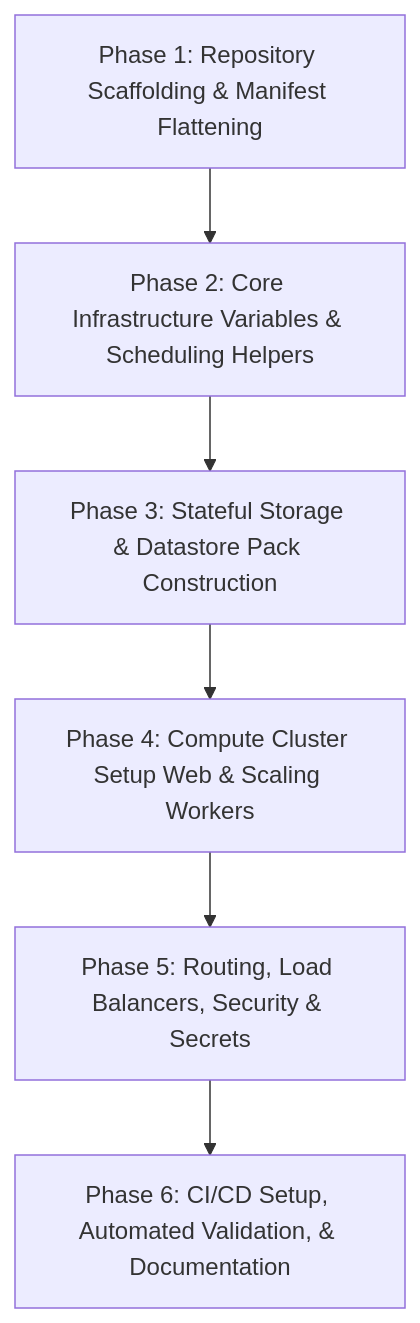
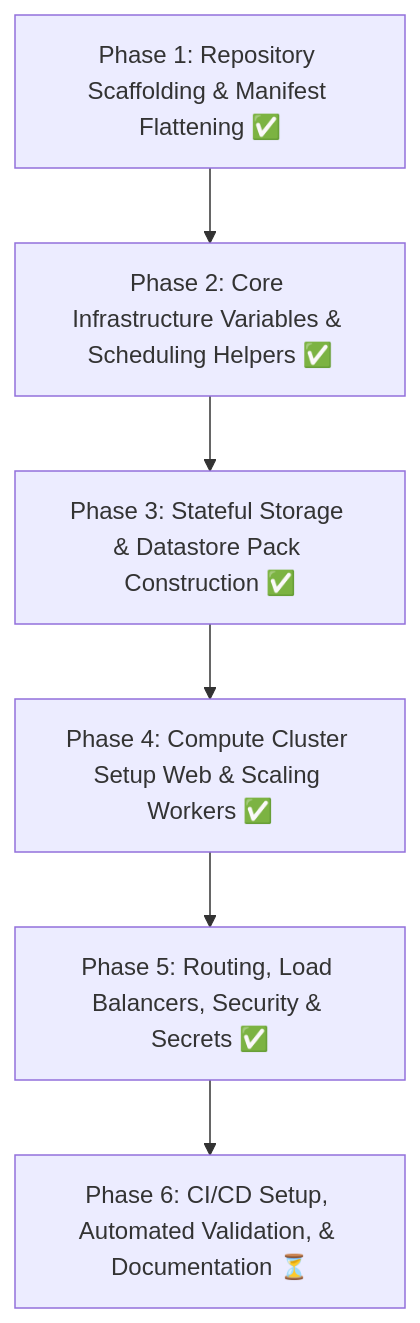
One commit to anchapin/openstudio-server-nomad-pack changed the diagram in openstudio-server-nomad-pack_PRD.md. Above: the diagram before and after it, drawn with Mermaid. The commit also changed other lines of this file and 2 other files, not shown here.

Commit message:
docs: update AGENTS.md and PRD to reflect repository structure changes and clarify template roles

````diff
--- a/openstudio-server-nomad-pack_PRD.md
+++ b/openstudio-server-nomad-pack_PRD.md
@@ -197,8 +212,8 @@
 ```mermaid
 flowchart TD
-    P1[Phase 1: Repository Scaffolding & Manifest Flattening] --> P2[Phase 2: Core Infrastructure Variables & Scheduling Helpers]
-    P2 --> P3[Phase 3: Stateful Storage & Datastore Pack Construction]
-    P3 --> P4[Phase 4: Compute Cluster Setup Web & Scaling Workers]
-    P4 --> P5[Phase 5: Routing, Load Balancers, Security & Secrets]
-    P5 --> P6[Phase 6: CI/CD Setup, Automated Validation, & Documentation]
+    P1[Phase 1: Repository Scaffolding & Manifest Flattening ✅] --> P2[Phase 2: Core Infrastructure Variables & Scheduling Helpers ✅]
+    P2 --> P3[Phase 3: Stateful Storage & Datastore Pack Construction ✅]
+    P3 --> P4[Phase 4: Compute Cluster Setup Web & Scaling Workers ✅]
+    P4 --> P5[Phase 5: Routing, Load Balancers, Security & Secrets ✅]
+    P5 --> P6[Phase 6: CI/CD Setup, Automated Validation, & Documentation ⏳]
 ```
````
